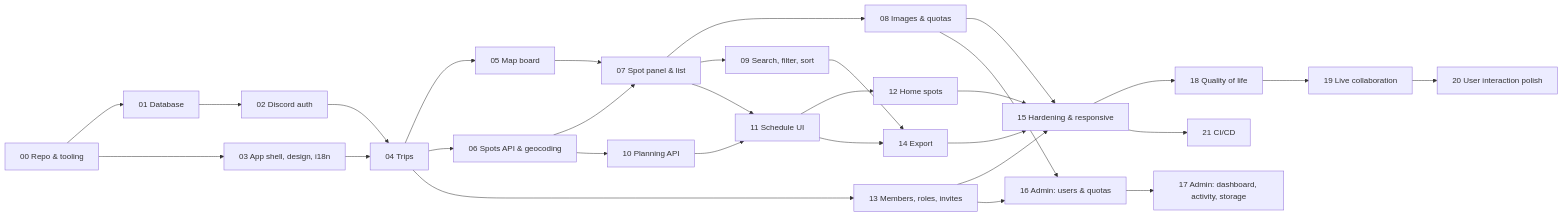
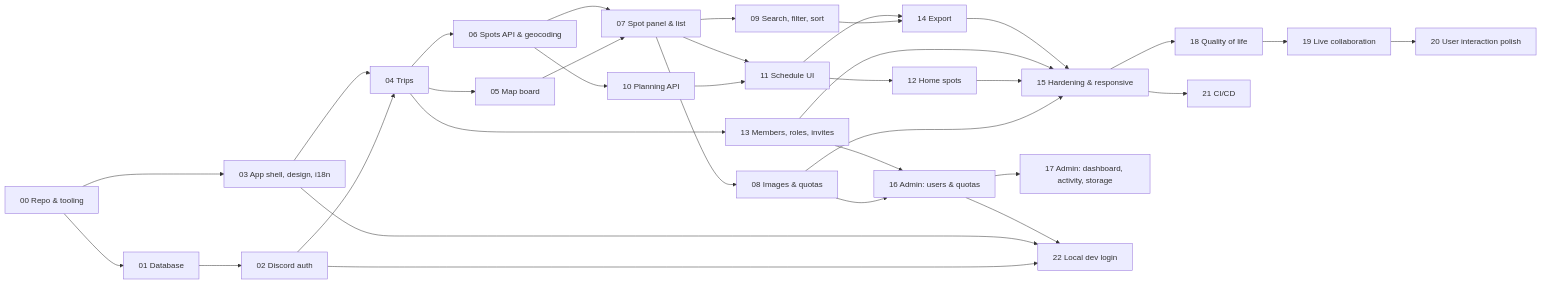
One commit to Oliver122/trip-board changed the diagram in requirements/README.md. Above: the diagram before and after it, drawn with Mermaid. The commit also changed other lines of this file and 2 other files, not shown here.

Commit message:
Document local dev login and why a public origin cannot enable it.

````diff
--- a/requirements/README.md
+++ b/requirements/README.md
@@ -11,32 +11,35 @@
 ```mermaid
 flowchart LR
     S00[00 Repo & tooling] --> S01[01 Database]
     S01 --> S02[02 Discord auth]
     S00 --> S03[03 App shell, design, i18n]
     S02 --> S04[04 Trips]
     S03 --> S04
     S04 --> S05[05 Map board]
     S04 --> S06[06 Spots API & geocoding]
     S05 --> S07[07 Spot panel & list]
     S06 --> S07
     S07 --> S08[08 Images & quotas]
     S07 --> S09[09 Search, filter, sort]
     S06 --> S10[10 Planning API]
     S10 --> S11[11 Schedule UI]
     S07 --> S11
     S11 --> S12[12 Home spots]
     S04 --> S13[13 Members, roles, invites]
     S09 --> S14[14 Export]
     S11 --> S14
     S08 --> S15[15 Hardening & responsive]
     S12 --> S15
     S13 --> S15
     S14 --> S15
     S08 --> S16[16 Admin: users & quotas]
     S13 --> S16
     S16 --> S17[17 Admin: dashboard, activity, storage]
     S15 --> S18[18 Quality of life]
     S18 --> S19[19 Live collaboration]
     S19 --> S20[20 User interaction polish]
     S15 --> S21[21 CI/CD]
+    S02 --> S22[22 Local dev login]
+    S03 --> S22
+    S16 --> S22
 ```
````
